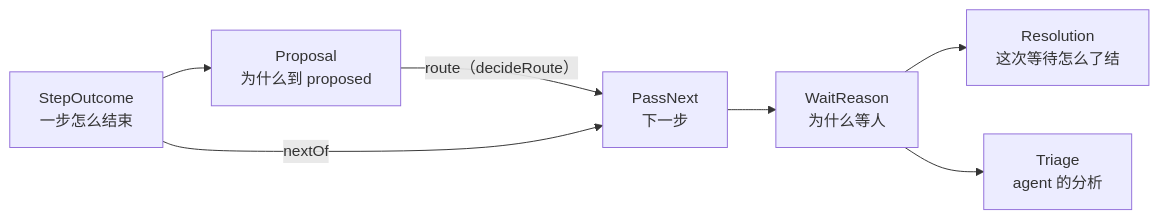
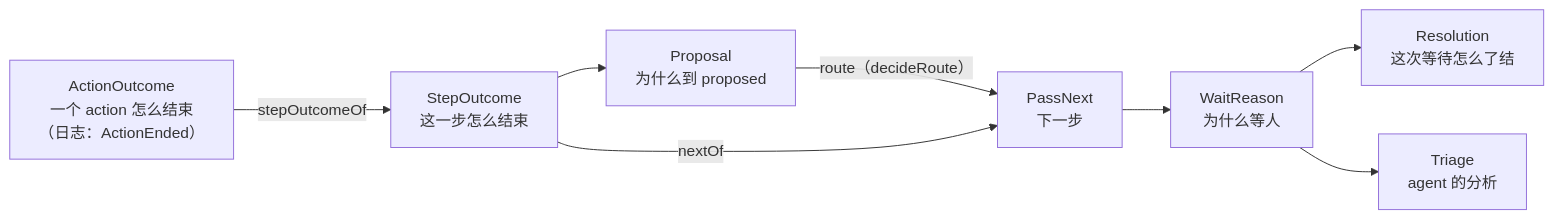
One commit to steven-zhc/lingtai changed the diagram in doc/design/types.zh.md. Above: the diagram before and after it, drawn with Mermaid. The commit also changed other lines of this file, not shown here.

First line of the commit message:
docs(design): the log records each action as ActionEnded and a step's outcome is folded from them; PassNext names what a move spends

````diff
--- a/doc/design/types.zh.md
+++ b/doc/design/types.zh.md
@@ -16,9 +16,10 @@
 ```mermaid
 flowchart LR
-  A["StepOutcome<br/>一步怎么结束"] --> B["Proposal<br/>为什么到 proposed"]
+  X["ActionOutcome<br/>一个 action 怎么结束<br/>（日志：ActionEnded）"] -->|stepOutcomeOf| A["StepOutcome<br/>这一步怎么结束"]
+  A --> B["Proposal<br/>为什么到 proposed"]
   B -->|"route（decideRoute）"| D["PassNext<br/>下一步"]
   A -->|nextOf| D
   D --> E["WaitReason<br/>为什么等人"]
   E --> F["Resolution<br/>这次等待怎么了结"]
   E --> G["Triage<br/>agent 的分析"]
 ```
````
